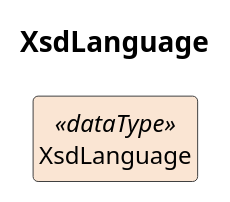
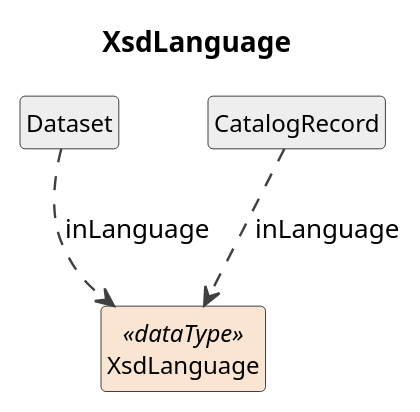
The diagram in build/plantuml/cdifDiscovery/DataTypes/XsdLanguage.pu (Cross-Domain-Interoperability-Framework/metadataBuildingBlocks), drawn with PlantUML before and after one commit. The commit also changed 432 other files, not shown here.

```diff
--- a/build/plantuml/cdifDiscovery/DataTypes/XsdLanguage.pu
+++ b/build/plantuml/cdifDiscovery/DataTypes/XsdLanguage.pu
@@ -1,15 +1,19 @@
 @startuml
 title XsdLanguage
 hide circle
 hide empty members
 skinparam shadowing false
 skinparam ArrowThickness 1.2
 skinparam class {
   ArrowColor #404040
   BorderColor #404040
   FontSize 12
 }
 
 class "XsdLanguage" as XsdLanguage <<dataType>> #FAE5D3
+class "Dataset" as Dataset #EEEEEE
+Dataset ..> XsdLanguage : inLanguage
+class "CatalogRecord" as CatalogRecord #EEEEEE
+CatalogRecord ..> XsdLanguage : inLanguage
 
 @enduml
```
